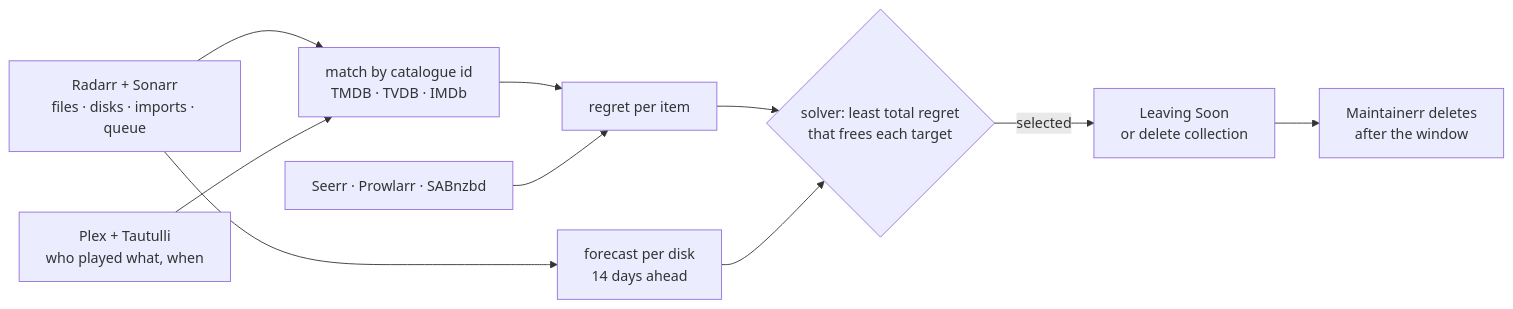
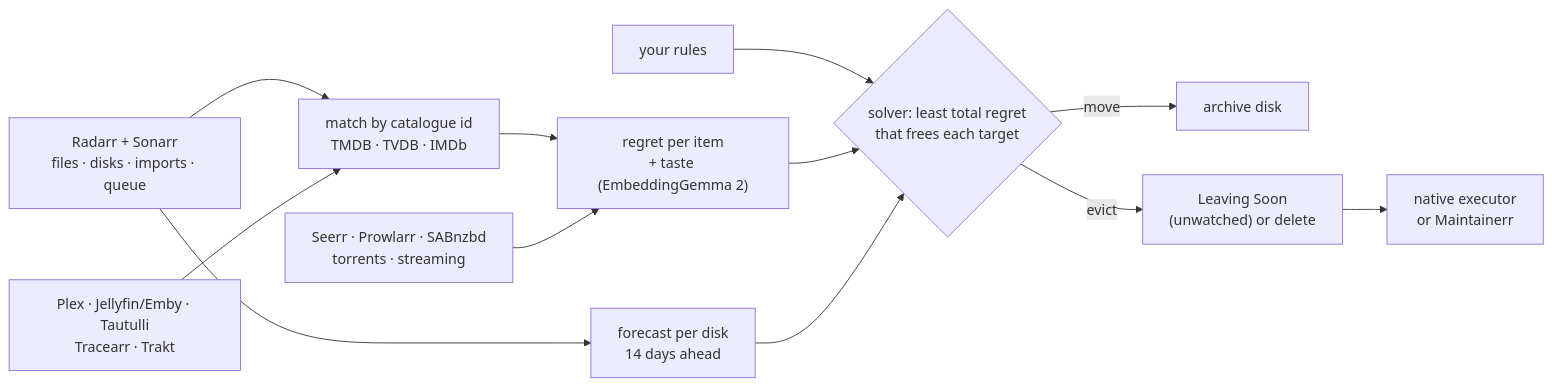
One commit to tobhoster/flinch changed the diagram in README.md. Above: the diagram before and after it, drawn with Mermaid. The commit also changed other lines of this file and 286 other files, not shown here.

First line of the commit message:
A Maintainerr and Recyclarr alternative: native executor, TRaSH sync, household tools

````diff
--- a/README.md
+++ b/README.md
@@ -84,12 +138,14 @@
 ```mermaid
 flowchart LR
     ARR["Radarr + Sonarr<br/>files · disks · imports · queue"] --> ID["match by catalogue id<br/>TMDB · TVDB · IMDb"]
-    PX["Plex + Tautulli<br/>who played what, when"] --> ID
-    ID --> R["regret per item"]
-    EXT["Seerr · Prowlarr · SABnzbd"] --> R
+    PX["Plex · Jellyfin/Emby · Tautulli<br/>Tracearr · Trakt"] --> ID
+    ID --> R["regret per item<br/>+ taste (EmbeddingGemma 2)"]
+    EXT["Seerr · Prowlarr · SABnzbd<br/>torrents · streaming"] --> R
     ARR --> FC["forecast per disk<br/>14 days ahead"]
+    RU["your rules"] --> S
     R --> S{"solver: least total regret<br/>that frees each target"}
     FC --> S
-    S -- "selected" --> LS["Leaving Soon<br/>or delete collection"]
-    LS --> M["Maintainerr deletes<br/>after the window"]
+    S -- "move" --> AR["archive disk"]
+    S -- "evict" --> LS["Leaving Soon<br/>(unwatched) or delete"]
+    LS --> M["native executor<br/>or Maintainerr"]
 ```
````
